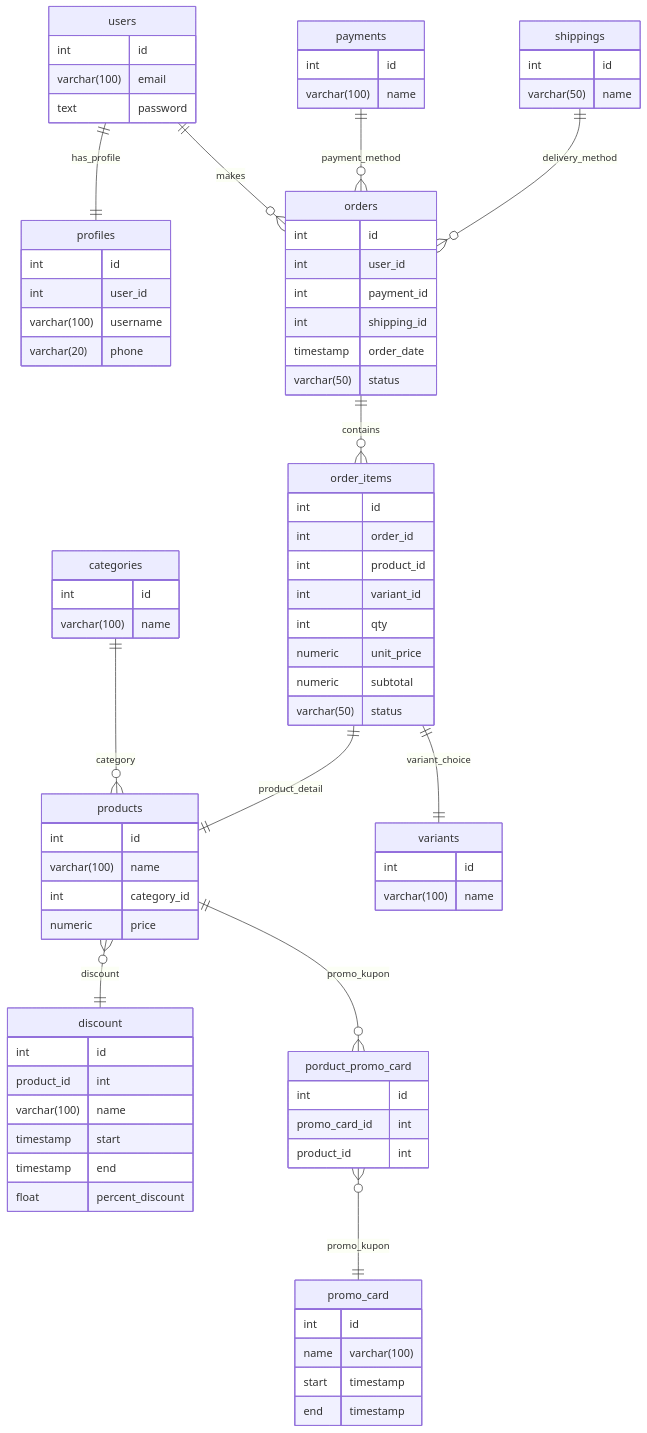
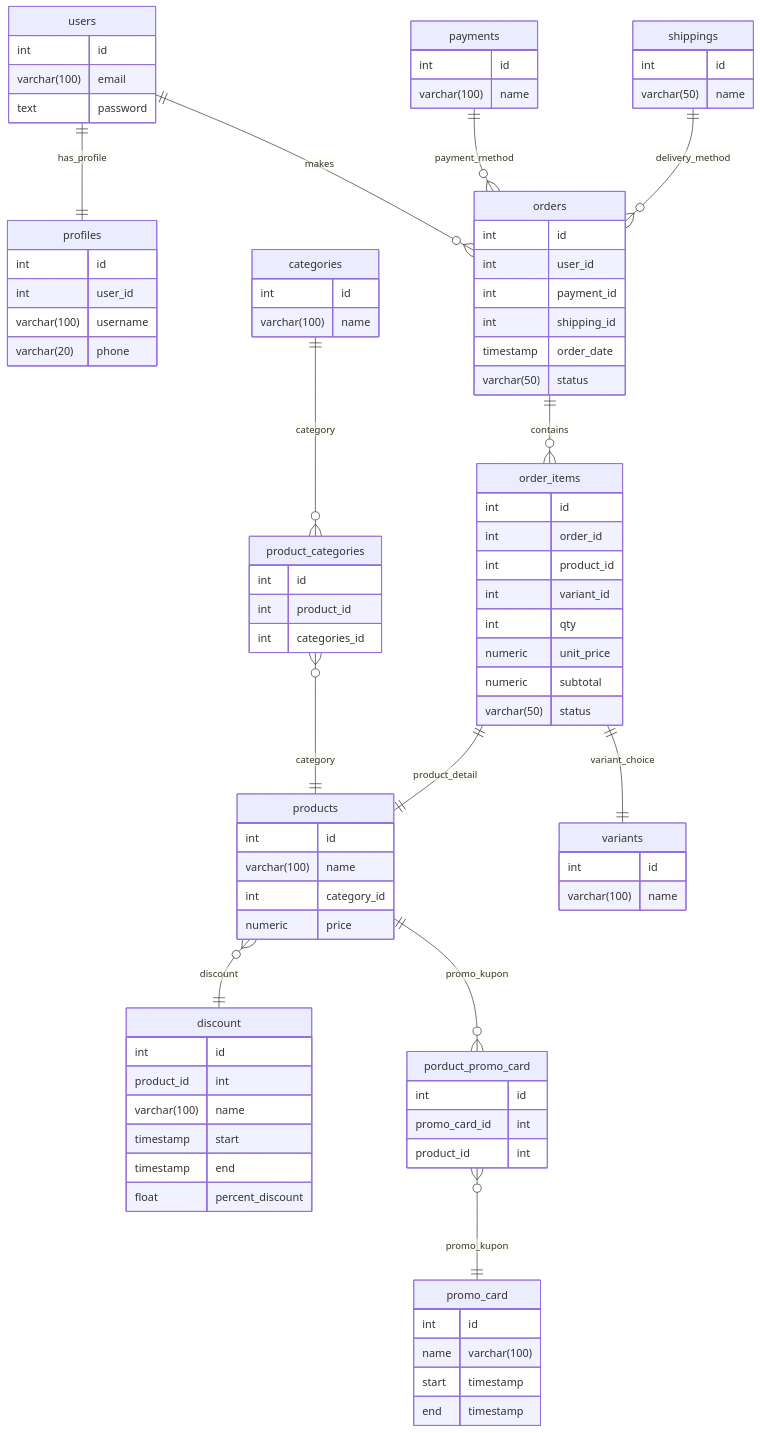
The diagram in README.md (abdullah-fikri/koda-b4-db-weekly), drawn with Mermaid before and after one commit.

Commit message:
feat: added table product_categories for table asosiation

````diff
--- a/README.md
+++ b/README.md
@@ -17,6 +17,12 @@
 categories {
 int id
 varchar(100) name
+}
+
+product_categories {
+int id
+int product_id
+int categories_id
 }
 
 discount {
@@ -93,7 +99,8 @@
 shippings ||--o{ orders : delivery_method
 
 products }o--|| discount : discount
-categories ||--o{ products : category
+categories ||--o{ product_categories : category
+product_categories }o--|| products : category
 products ||--o{ porduct_promo_card : promo_kupon
 porduct_promo_card }o--|| promo_card : promo_kupon
 ```
````
